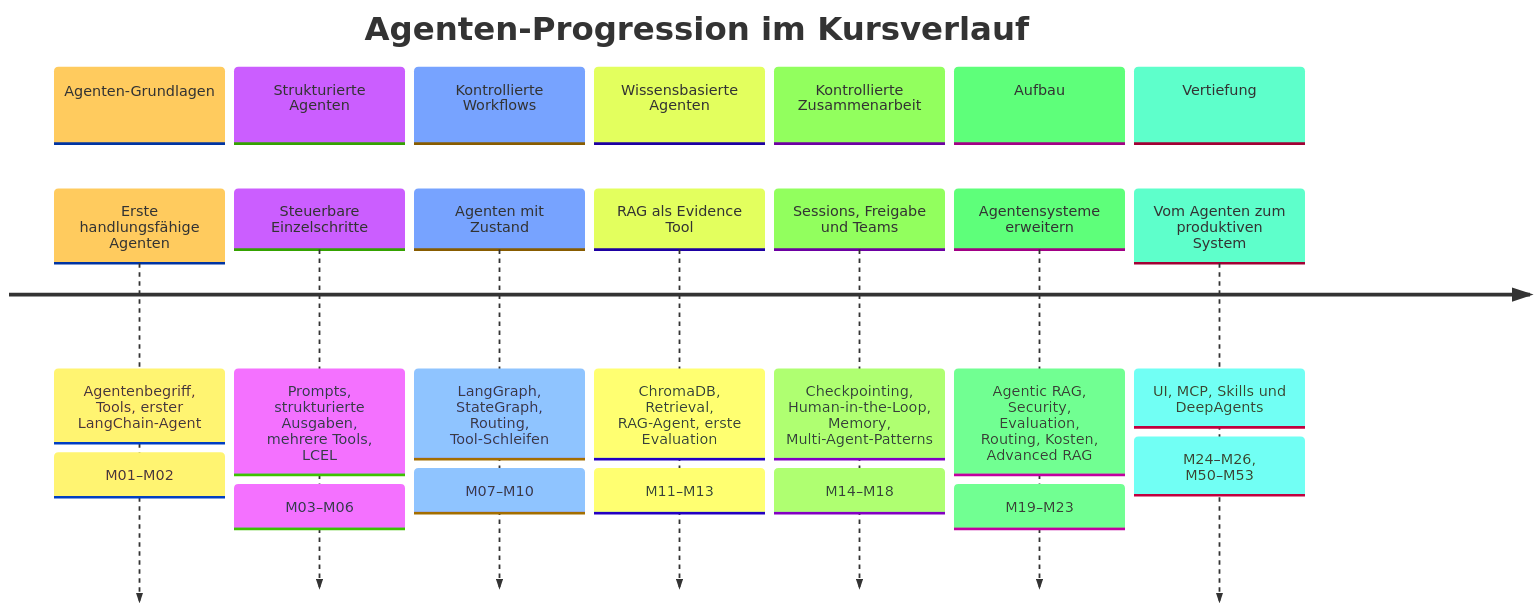
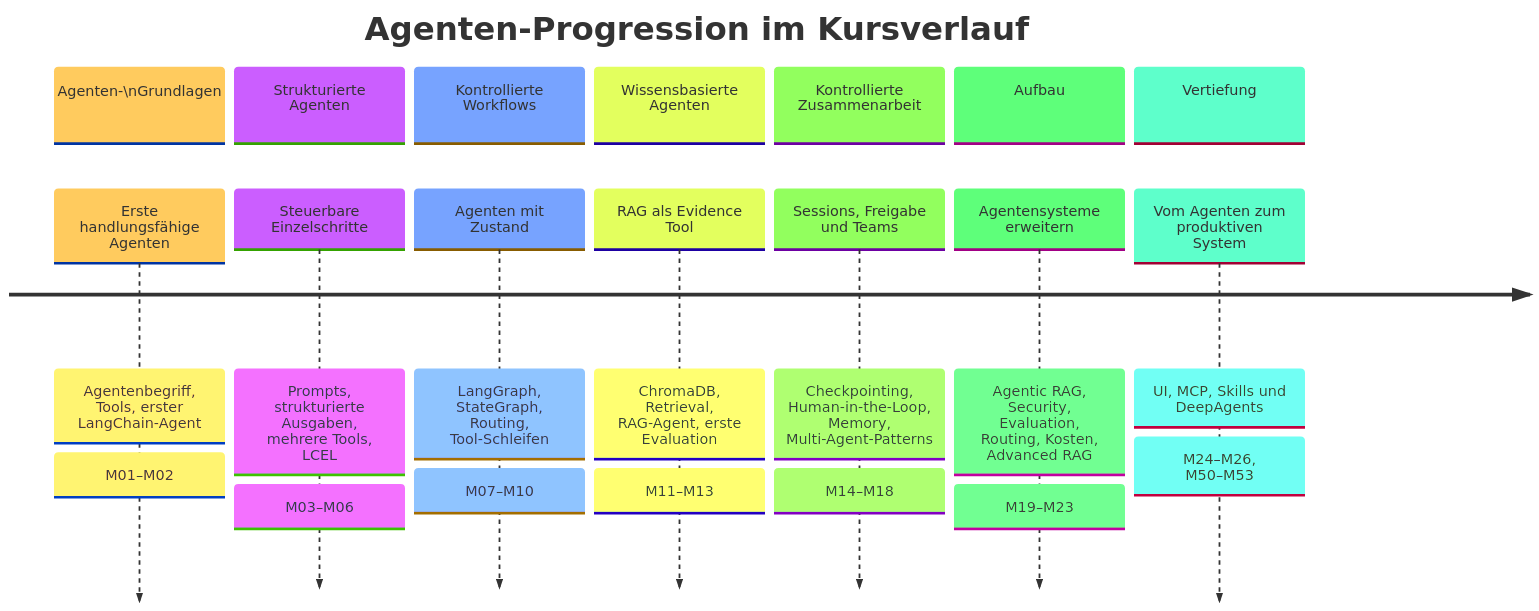
The diagram in docs/02-orientierung-entscheidung/kursueberblick.md (ralf-42/Agenten), drawn with Mermaid before and after one commit. The commit also changed 26 other files, not shown here.

````diff
--- a/docs/02-orientierung-entscheidung/kursueberblick.md
+++ b/docs/02-orientierung-entscheidung/kursueberblick.md
@@ -77,36 +77,36 @@
 ```mermaid
 %%{init: {
   'theme': 'base',
   'themeVariables': {
     'timelineLineColor': '#2e7d32',
     'sectionBkgColor': '#c8e6c9',
     'sectionTextColor': '#1b5e20',
     'containerBkgColor': '#f9f9f9',
     'taskBkgColor': '#e8f5e9',
     'taskTextColor': '#1b5e20'
   }
 }}%%
 timeline
     title Agenten-Progression im Kursverlauf
-    section Agenten-Grundlagen
+    section Agenten-\nGrundlagen
         Erste handlungsfähige Agenten : Agentenbegriff, Tools, erster LangChain-Agent
                                      : M01–M02
     section Strukturierte Agenten
         Steuerbare Einzelschritte     : Prompts, strukturierte Ausgaben, mehrere Tools, LCEL
                                      : M03–M06
     section Kontrollierte Workflows
         Agenten mit Zustand           : LangGraph, StateGraph, Routing, Tool-Schleifen
                                      : M07–M10
     section Wissensbasierte Agenten
         RAG als Evidence Tool         : ChromaDB, Retrieval, RAG-Agent, erste Evaluation
                                      : M11–M13
     section Kontrollierte Zusammenarbeit
         Sessions, Freigabe und Teams  : Checkpointing, Human-in-the-Loop, Memory, Multi-Agent-Patterns
                                      : M14–M18
     section Aufbau
         Agentensysteme erweitern      : Agentic RAG, Security, Evaluation, Routing, Kosten, Advanced RAG
                                      : M19–M23
     section Vertiefung
         Vom Agenten zum produktiven System : UI, MCP, Skills und DeepAgents
                                            : M24–M26, M50–M53
 ```
````
